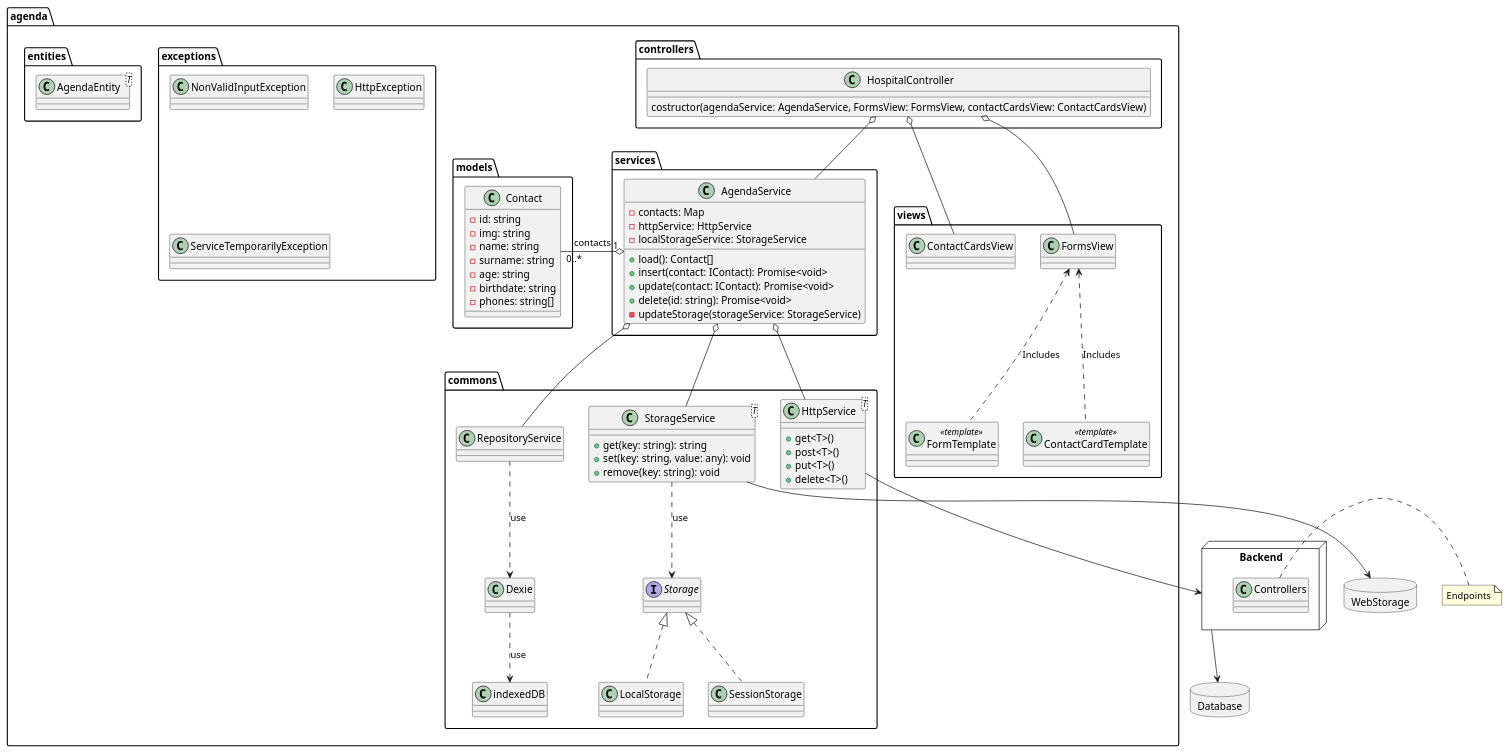
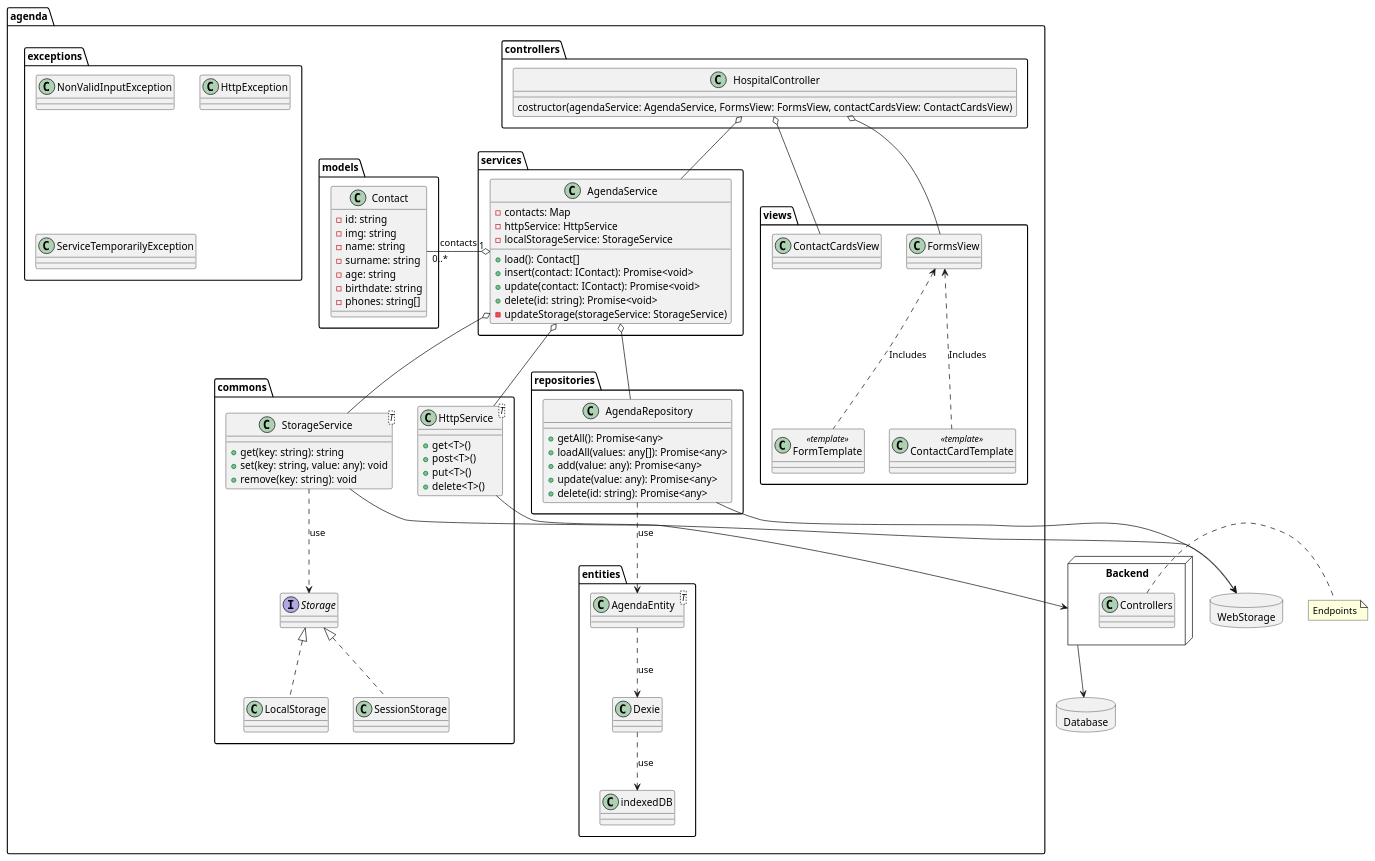
One commit to raulwwq0/Agenda-TypeScript changed the diagram in docs/uml/agenda.puml. Above: the diagram before and after it, drawn with PlantUML.

Commit message:
docs(uml): repository

```diff
--- a/docs/uml/agenda.puml
+++ b/docs/uml/agenda.puml
@@ -1,116 +1,128 @@
 @startuml Agenda
 
 package Database <<Database>> {
 
 }
 node Backend {
     class Controllers{}
 }
 note right: Endpoints
 
 Backend --> Database
 
 package agenda {
 
 
     package commons {
 
         class HttpService<T>{
             + get<T>()
             + post<T>()
             + put<T>()
             + delete<T>()
         }
 
         class StorageService<T> {
             + get(key: string): string
             + set(key: string, value: any): void
             + remove(key: string): void
         }
 
-        class RepositoryService {}
-
         interface Storage {}
 
         class LocalStorage implements Storage {}
         class SessionStorage implements Storage {}
 
         StorageService -[dashed]-> Storage: "use"
-        RepositoryService -[dashed]-> Dexie: "use"
-        Dexie -[dashed]-> indexedDB: "use"
 
     }
 
     package services {
         class AgendaService {
 
             - contacts: Map
             - httpService: HttpService
             - localStorageService: StorageService
             + load(): Contact[]
             + insert(contact: IContact): Promise<void>
             + update(contact: IContact): Promise<void>
             + delete(id: string): Promise<void>
             - updateStorage(storageService: StorageService)
         }
 
         AgendaService o-- HttpService
         AgendaService o-- StorageService
-        AgendaService o-- RepositoryService
     }
 
 
     package views {
         class ContactCardsView{}
         class FormsView{}
         class FormTemplate<<template>> {}
         class ContactCardTemplate<<template>> {}
 
         FormsView <.. FormTemplate: "Includes"
         FormsView <.. ContactCardTemplate: "Includes"
     }
     package controllers {
         class HospitalController {
             costructor(agendaService: AgendaService, FormsView: FormsView, contactCardsView: ContactCardsView)
 
         }
 
         HospitalController o-- AgendaService
         HospitalController o-- FormsView
         HospitalController o-- ContactCardsView
     }
     package models {
 
 
         class Contact {
             - id: string
             - img: string
             - name: string
             - surname: string
             - age: string
             - birthdate: string
             - phones: string[]
         }
 
 
         AgendaService "1" o- "0..*" Contact : contacts
     }
     package exceptions {
         class NonValidInputException{}
         class HttpException{}
         class ServiceTemporarilyException{}
     }
 
     package entities {
         class AgendaEntity<T>{}
+
+        AgendaEntity -[dashed]-> Dexie: "use"
+        Dexie -[dashed]-> indexedDB: "use"
+    }
+
+    package repositories {
+        class AgendaRepository{
+            + getAll(): Promise<any>
+            + loadAll(values: any[]): Promise<any>
+            + add(value: any): Promise<any>
+            + update(value: any): Promise<any>
+            + delete(id: string): Promise<any>
+        }
+
+        AgendaRepository -[dashed]-> AgendaEntity: "use"
+        AgendaService o-- AgendaRepository
     }
 
 }
 
 package WebStorage <<Database>> {
 
 }
 
+AgendaRepository --> WebStorage
 StorageService --> WebStorage
 HttpService --> Backend
 @enduml
```
